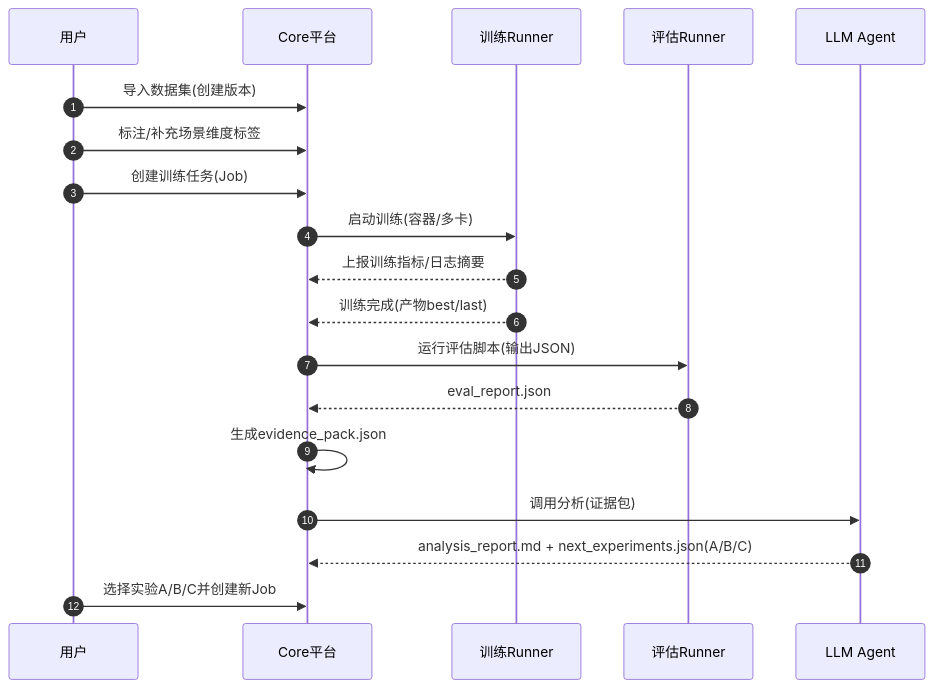
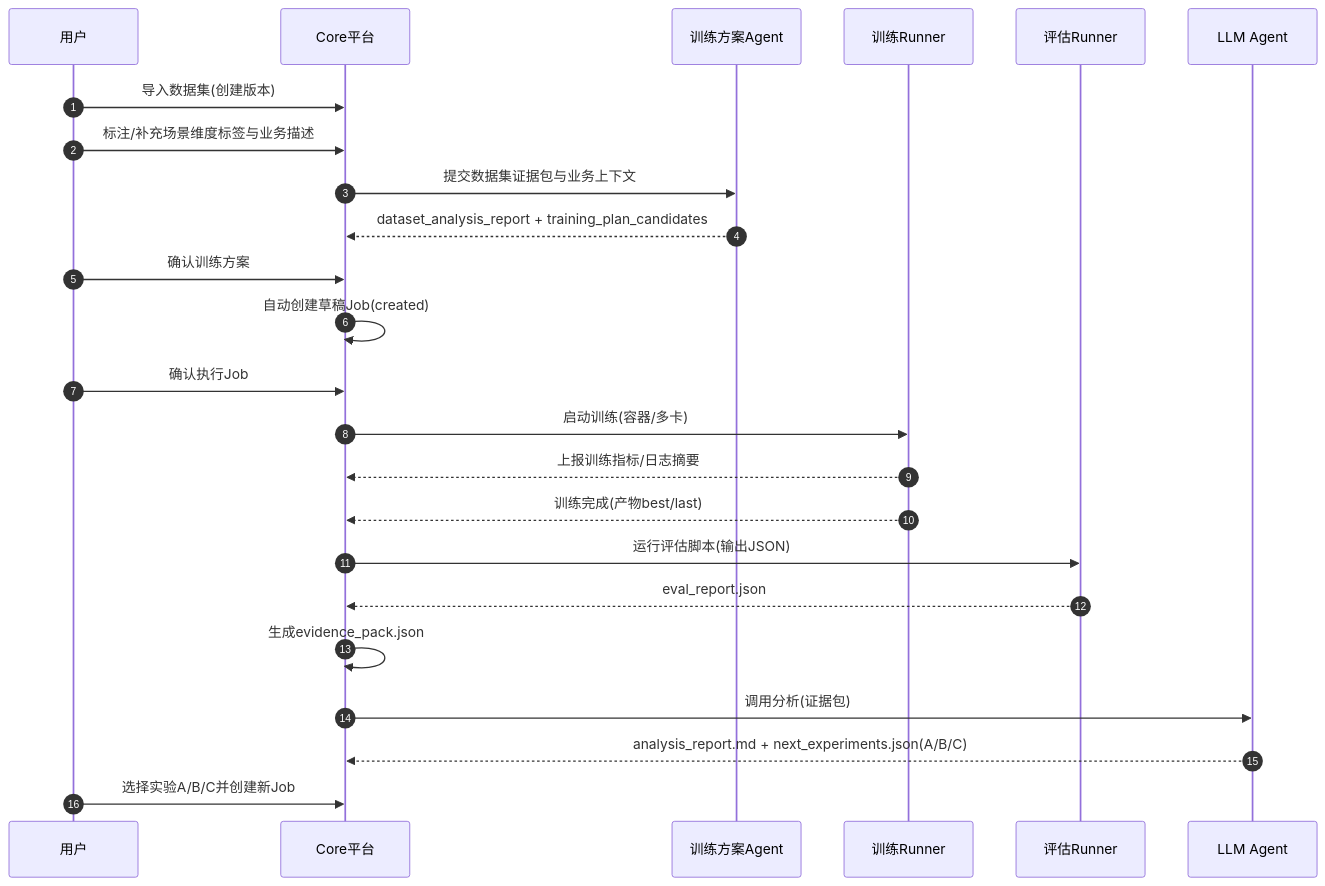
Before and after one commit to oneraylee/autopot: the diagram in docs/init/1.产品PRD.md, drawn with Mermaid. The commit also changed other lines of this file and 14 other files, not shown here.

````diff
--- a/docs/init/1.产品PRD.md
+++ b/docs/init/1.产品PRD.md
@@ -28,22 +28,27 @@
 ```mermaid
 sequenceDiagram
   autonumber
   participant U as 用户
   participant Core as Core平台
+  participant Plan as 训练方案Agent
   participant Train as 训练Runner
   participant Eval as 评估Runner
   participant Agent as LLM Agent
 
   U->>Core: 导入数据集(创建版本)
-  U->>Core: 标注/补充场景维度标签
-  U->>Core: 创建训练任务(Job)
+  U->>Core: 标注/补充场景维度标签与业务描述
+  Core->>Plan: 提交数据集证据包与业务上下文
+  Plan-->>Core: dataset_analysis_report + training_plan_candidates
+  U->>Core: 确认训练方案
+  Core->>Core: 自动创建草稿Job(created)
+  U->>Core: 确认执行Job
   Core->>Train: 启动训练(容器/多卡)
   Train-->>Core: 上报训练指标/日志摘要
   Train-->>Core: 训练完成(产物best/last)
   Core->>Eval: 运行评估脚本(输出JSON)
   Eval-->>Core: eval_report.json
   Core->>Core: 生成evidence_pack.json
   Core->>Agent: 调用分析(证据包)
   Agent-->>Core: analysis_report.md + next_experiments.json(A/B/C)
   U->>Core: 选择实验A/B/C并创建新Job
 ```
````
